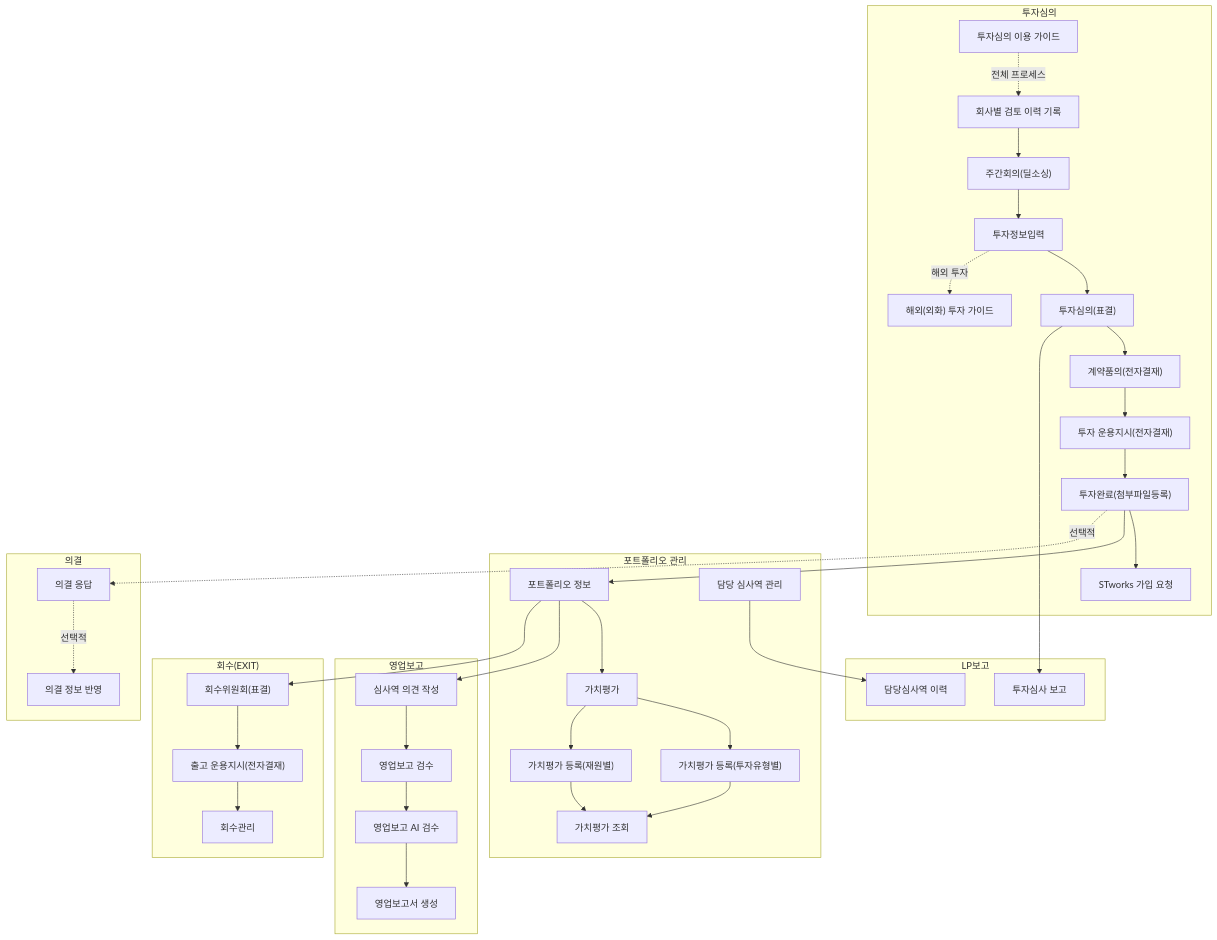
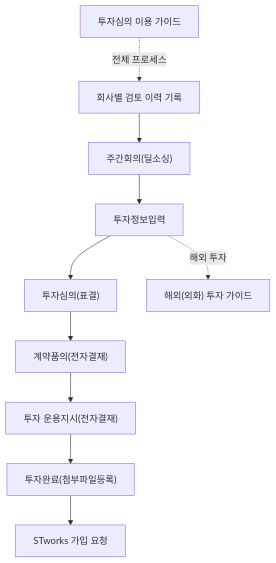
Before and after one commit to ddock-ddock/ddock-ddock.github.io: the first of 6 diagrams in _tabs/associate-start.md, drawn with Mermaid. The commit also changed other lines of this file and 1 other file, not shown here.

Commit message:
역할별 탭 mermaid 섹션 단위로 세분화 - 가독성 개선
## 배경
PR #144 적용 후에도 manager-start "운영 흐름" 단일 mermaid가 노드 40+개로 폰트가 너무 작아 읽기 어려운 상태. subgraph가 얽히면서 dagre 레이아웃이 과하게 세로로 길어짐.

## manager-start: 3 → 7개 다이어그램
- 기존 "운영 흐름" 하나를 5개로 분할 (설정/결성/조합 운영/거래원장/영업보고)
- 회계/재무, LP보고는 그대로 유지
- 각 섹션 상단에 업무 맥락 안내 추가

## associate-start: 1 → 6개 다이어그램
- 투자심의/포트폴리오/영업보고/회수/의결/LP보고 각각 별도 블록
- 각 섹션 상단에 업무 맥락 안내 추가

## 효과
- 각 다이어그램이 5~12 노드 수준으로 축소되어 기본 폰트 크기로 읽힘
- 섹션 간 관계는 목차 순서 + 섹션 안내문으로 대체
- 전체 흐름이 필요하면 /core/ overview 참조 안내

## 링크 검증
- post_url 총 56건 모두 기존 검증 결과 유지. 추가 수정 없음

````diff
--- a/_tabs/associate-start.md
+++ b/_tabs/associate-start.md
@@ -94,69 +99,14 @@
 ```mermaid
 flowchart TD
- subgraph s1["투자심의"]
-        vs_guide["투자심의 이용 가이드"]
-        review_history["회사별 검토 이력 기록"]
-        wr0003["주간회의(딜소싱)"]
-        vs0003["투자정보입력"]
-        vs0006["투자심의(표결)"]
-        ed0001a["계약품의(전자결재)"]
-        oi0003["투자 운용지시(전자결재)"]
-        vs0009["투자완료(첨부파일등록)"]
-        stworks_invite["STworks 가입 요청"]
-        vs_foreign["해외(외화) 투자 가이드"]
-  end
- subgraph s2["포트폴리오 관리"]
-        pm0100["포트폴리오 정보"]
-        pm0300["가치평가"]
-        pm0301["가치평가 등록(투자유형별)"]
-        pm0302["가치평가 등록(재원별)"]
-        pm0303["가치평가 조회"]
-        vs0031["담당 심사역 관리"]
-  end
- subgraph s3["영업보고"]
-        br0009["심사역 의견 작성"]
-        br0007["영업보고 검수"]
-        br0008["영업보고 AI 검수"]
-        br0011["영업보고서 생성"]
-  end
- subgraph s4["회수(EXIT)"]
-        ex0001["회수위원회(표결)"]
-        oi0001["출고 운용지시(전자결재)"]
-        ex0007["회수관리"]
-  end
- subgraph s5["의결"]
-        sa0002["의결 응답"]
-        sa0003["의결 정보 반영"]
-  end
- subgraph s6["LP보고"]
-        lp0600["담당심사역 이력"]
-        lp0630["투자심사 보고"]
-  end
-    vs_guide -. 전체 프로세스 .-> review_history
-    review_history --> wr0003
-    wr0003 --> vs0003
-    vs0003 --> vs0006
-    vs0006 --> ed0001a
-    ed0001a --> oi0003
-    oi0003 --> vs0009
-    vs0009 --> stworks_invite
-    vs0003 -. 해외 투자 .-> vs_foreign
-    vs0006 --> lp0630
-    vs0009 --> pm0100
-    pm0100 --> pm0300
-    pm0300 --> pm0301 & pm0302
-    pm0301 --> pm0303
-    pm0302 --> pm0303
-    pm0100 --> br0009
-    pm0100 --> ex0001
-    vs0009 -. 선택적 .-> sa0002
-    br0009 --> br0007
-    br0007 --> br0008
-    br0008 --> br0011
-    ex0001 --> oi0001
-    oi0001 --> ex0007
-    sa0002 -. 선택적 .-> sa0003
-    vs0031 --> lp0600
+    vs_guide["투자심의 이용 가이드"] -. 전체 프로세스 .-> review_history
+    review_history["회사별 검토 이력 기록"] --> wr0003["주간회의(딜소싱)"]
+    wr0003 --> vs0003["투자정보입력"]
+    vs0003 --> vs0006["투자심의(표결)"]
+    vs0003 -. 해외 투자 .-> vs_foreign["해외(외화) 투자 가이드"]
+    vs0006 --> ed0001a["계약품의(전자결재)"]
+    ed0001a --> oi0003["투자 운용지시(전자결재)"]
+    oi0003 --> vs0009["투자완료(첨부파일등록)"]
+    vs0009 --> stworks_invite["STworks 가입 요청"]
 
     click vs_guide "{% post_url 2025-05-22-vs_guide %}"
     click review_history "{% post_url 2026-04-21-review-history %}"
@@ -167,22 +117,5 @@
     click oi0003 "{% post_url 2024-07-13-oi0003 %}"
     click vs0009 "{% post_url 2024-07-14-vs0009 %}"
     click vs_foreign "{% post_url 2025-09-24-vs_foreign %}"
-    click pm0300 "{% post_url 2024-09-01-pm0300 %}"
-    click pm0301 "{% post_url 2024-09-02-pm0301 %}"
-    click pm0302 "{% post_url 2024-09-03-pm0302 %}"
-    click pm0303 "{% post_url 2024-09-04-pm0303 %}"
-    click vs0031 "{% post_url 2025-04-03-vs0031 %}"
-    click br0009 "{% post_url 2024-08-26-br0009 %}"
-    click br0007 "{% post_url 2024-08-25-br0007 %}"
-    click br0008 "{% post_url 2024-08-25-br0008 %}"
-    click br0011 "{% post_url 2024-08-27-br0011 %}"
     click stworks_invite "{% post_url 2026-04-21-stworks-invite %}"
-    click ex0001 "{% post_url 2024-07-18-ex0001 %}"
-    click oi0001 "{% post_url 2024-07-19-oi0001 %}"
-    click ex0007 "{% post_url 2024-07-20-ex0007 %}"
-    click sa0002 "{% post_url 2024-09-11-sa0002 %}"
-    click sa0003 "{% post_url 2024-09-12-sa0003 %}"
-    click lp0600 "{% post_url 2024-11-29-lp0600 %}"
-    click lp0630 "{% post_url 2025-04-02-lp0630 %}"
-
 ```
````
